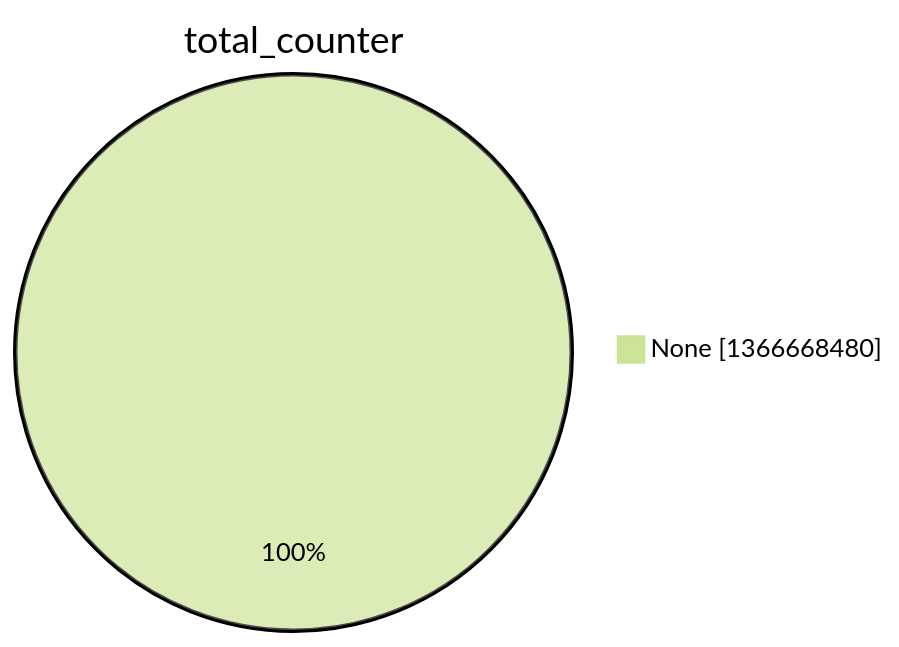
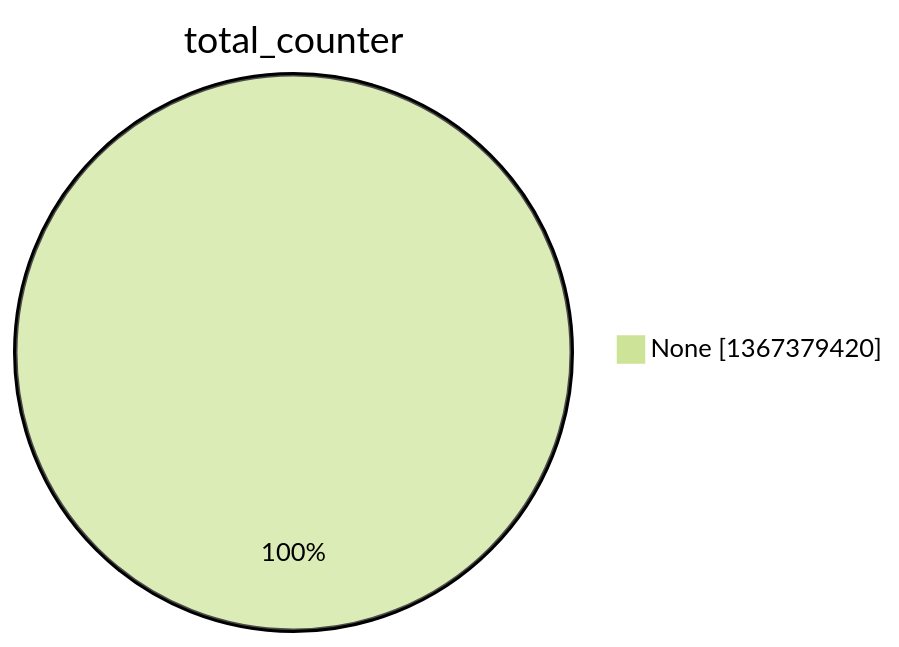
The second of 15 diagrams in argon2022/README.md (christiankrug/ctmonitor_visualization), drawn with Mermaid (forest theme) before and after one commit. The commit also changed other lines of this file, not shown here.

````diff
--- a/argon2022/README.md
+++ b/argon2022/README.md
@@ -9,5 +9,5 @@
 ```mermaid
 pie showData
 title total_counter
-"None" :1366668480
+"None" :1367379420
 ```
````
